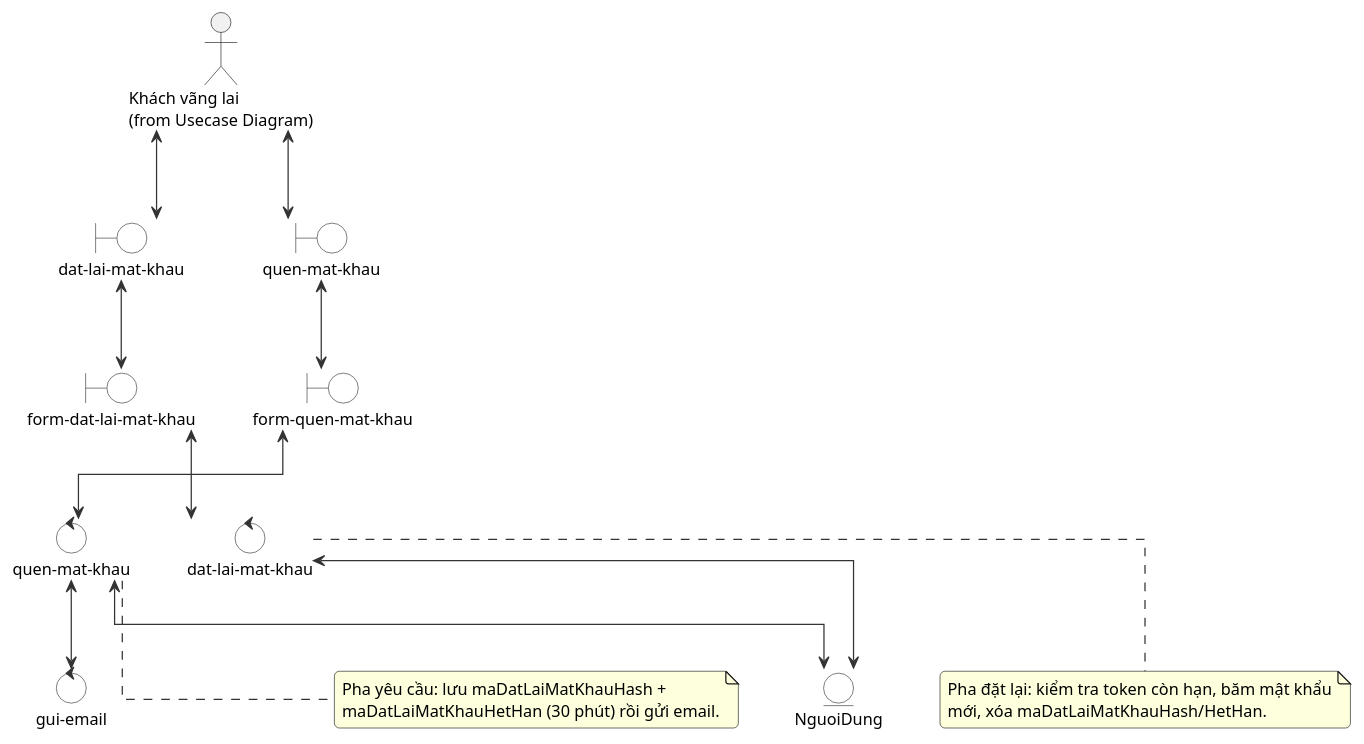
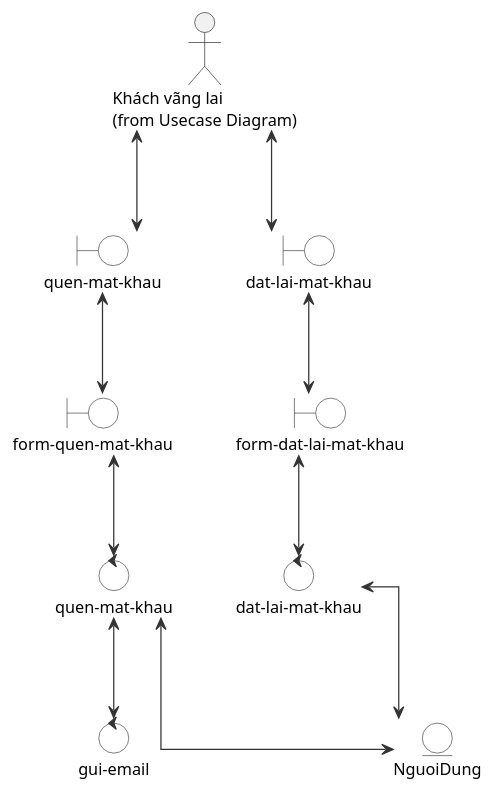
One commit to hole-six/DoAn changed the diagram in docs/so-do/04-robustness/03-robustness-quen-mat-khau.puml. Above: the diagram before and after it, drawn with PlantUML. The commit also changed 24 other files, not shown here.

```diff
--- a/docs/so-do/04-robustness/03-robustness-quen-mat-khau.puml
+++ b/docs/so-do/04-robustness/03-robustness-quen-mat-khau.puml
@@ -1,71 +1,56 @@
 @startuml
 skinparam defaultFontName "Segoe UI"
 skinparam defaultFontSize 13
 skinparam shadowing false
 skinparam linetype ortho
-skinparam nodesep 45
-skinparam ranksep 70
+skinparam nodesep 50
+skinparam ranksep 80
 top to bottom direction
 skinparam actorStyle stick
 skinparam roundcorner 8
 skinparam ArrowColor #333333
 skinparam rectangleBorderColor #333333
 skinparam boundary {
   BackgroundColor White
   BorderColor #333333
 }
 skinparam control {
   BackgroundColor White
   BorderColor #333333
 }
 skinparam entity {
   BackgroundColor White
   BorderColor #333333
 }
 
 actor "Khách vãng lai\n(from Usecase Diagram)" as Actor
 
-' ── Lớp boundary (màn hình) ──
 together {
   boundary "quen-mat-khau" as UI
   boundary "form-quen-mat-khau" as Form
   boundary "dat-lai-mat-khau" as ResetUI
   boundary "form-dat-lai-mat-khau" as ResetForm
 }
 
-' ── Lớp control (xử lý) ──
 together {
   control "quen-mat-khau" as Controller
   control "gui-email" as MailCtrl
   control "dat-lai-mat-khau" as ResetCtrl
 }
 
-' ── Lớp entity (dữ liệu) ──
 together {
   entity "NguoiDung" as NguoiDung
 }
 
-' ── Quan hệ actor ↔ boundary ──
 Actor <--> UI
 Actor <--> ResetUI
 
-' ── boundary ↔ boundary / control ──
 UI <--> Form
 ResetUI <--> ResetForm
 Form <--> Controller
 ResetForm <--> ResetCtrl
 
-' ── control ↔ control / entity ──
+Controller <--> MailCtrl
 Controller <--> NguoiDung
-Controller <--> MailCtrl
 ResetCtrl <--> NguoiDung
-
-note bottom of Controller
-  Pha yêu cầu: lưu maDatLaiMatKhauHash +
-  maDatLaiMatKhauHetHan (30 phút) rồi gửi email.
-end note
-note bottom of ResetCtrl
-  Pha đặt lại: kiểm tra token còn hạn, băm mật khẩu
-  mới, xóa maDatLaiMatKhauHash/HetHan.
-end note
 @enduml
```
